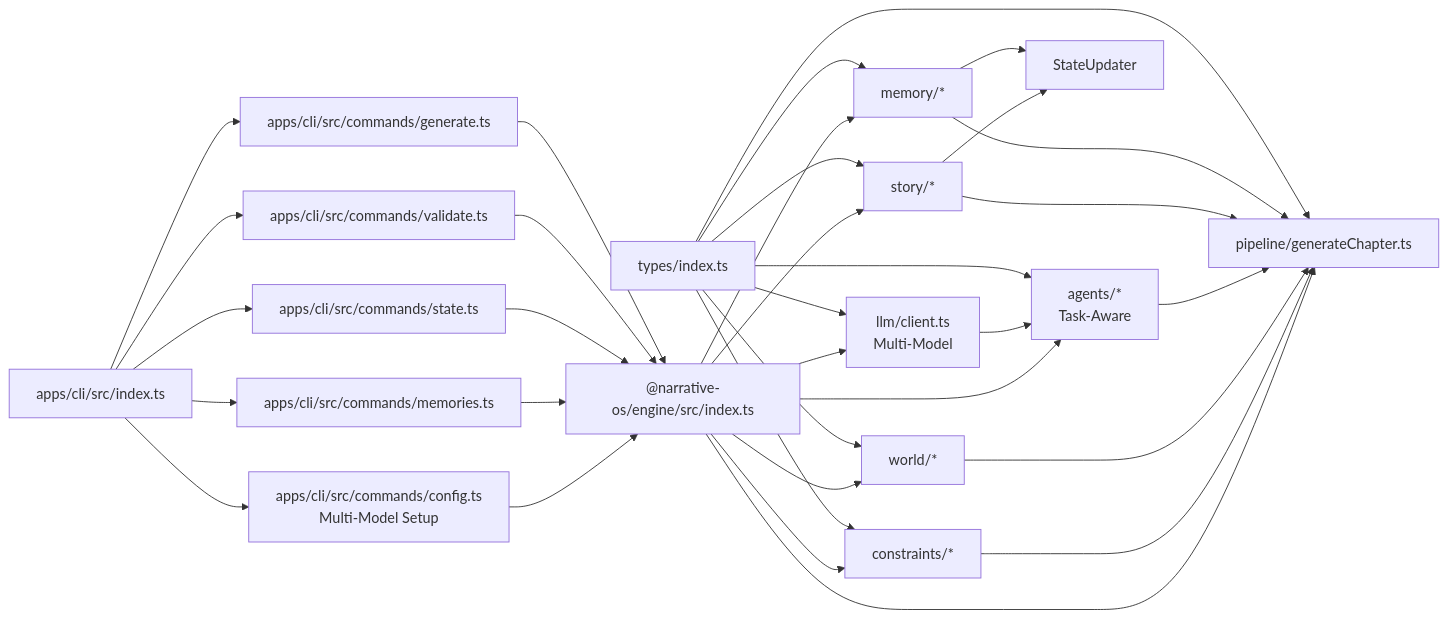
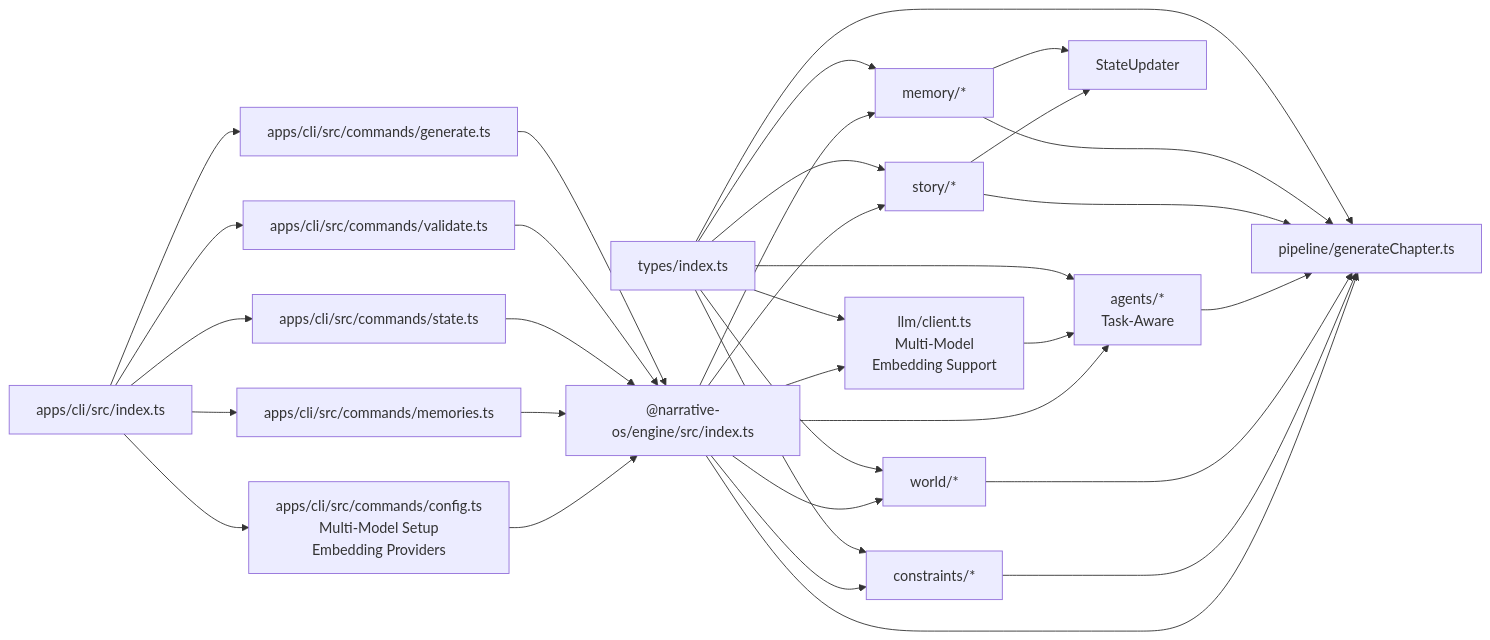
One commit to liwonder/NARRITIVE_OS changed diagram 14 of 14 in .qoder/repowiki/en/content/Engine Architecture/Engine Architecture.md. Above: the diagram before and after it, drawn with Mermaid. The commit also changed other lines of this file and 4 other files, not shown here.

Commit message:
wiki and full flow test case

````diff
--- a/.qoder/repowiki/en/content/Engine Architecture/Engine Architecture.md
+++ b/.qoder/repowiki/en/content/Engine Architecture/Engine Architecture.md
@@ -830,35 +838,35 @@
 ```mermaid
 graph LR
-Types["types/index.ts"] --> LLM["llm/client.ts<br/>Multi-Model"]
+Types["types/index.ts"] --> LLM["llm/client.ts<br/>Multi-Model<br/>Embedding Support"]
 Types --> Memory["memory/*"]
 Types --> Pipeline["pipeline/generateChapter.ts"]
 Types --> Story["story/*"]
 Types --> Agents["agents/*<br/>Task-Aware"]
 Types --> World["world/*"]
 Types --> Constraints["constraints/*"]
 LLM --> Agents
 Memory --> Pipeline
 Memory --> StateUpdater
 Story --> Pipeline
 Story --> StateUpdater
 Agents --> Pipeline
 World --> Pipeline
 Constraints --> Pipeline
 CLI_Index["apps/cli/src/index.ts"] --> CLI_Gen["apps/cli/src/commands/generate.ts"]
 CLI_Index --> CLI_Validate["apps/cli/src/commands/validate.ts"]
 CLI_Index --> CLI_State["apps/cli/src/commands/state.ts"]
 CLI_Index --> CLI_Memories["apps/cli/src/commands/memories.ts"]
-CLI_Index --> CLI_Config["apps/cli/src/commands/config.ts<br/>Multi-Model Setup"]
+CLI_Index --> CLI_Config["apps/cli/src/commands/config.ts<br/>Multi-Model Setup<br/>Embedding Providers"]
 CLI_Gen --> Engine_Index["@narrative-os/engine/src/index.ts"]
 CLI_Validate --> Engine_Index
 CLI_State --> Engine_Index
 CLI_Memories --> Engine_Index
 CLI_Config --> Engine_Index
 Engine_Index --> Pipeline
 Engine_Index --> Agents
 Engine_Index --> Memory
 Engine_Index --> Story
 Engine_Index --> LLM
 Engine_Index --> World
 Engine_Index --> Constraints
 ```
````
